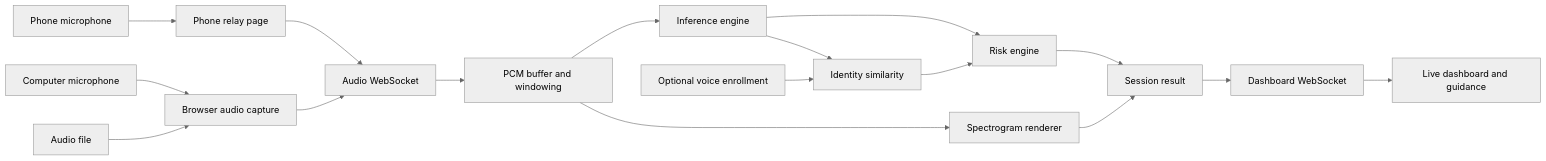
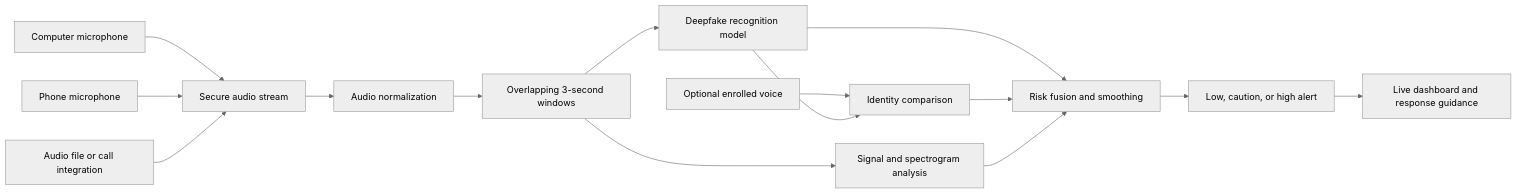
The first of 9 diagrams in README.md (njhari-07/SvaraSentry), drawn with Mermaid (neutral theme) before and after one commit. The commit also changed other lines of this file, not shown here.

````diff
--- a/README.md
+++ b/README.md
@@ -44,19 +52,17 @@
 ```mermaid
 flowchart LR
-    A[Computer microphone] --> B[Browser audio capture]
-    C[Audio file] --> B
-    D[Phone microphone] --> E[Phone relay page]
-    E --> F[Audio WebSocket]
-    B --> F
-    F --> G[PCM buffer and windowing]
-    G --> H[Inference engine]
-    G --> I[Spectrogram renderer]
-    H --> J[Risk engine]
-    K[Optional voice enrollment] --> L[Identity similarity]
-    H --> L
-    L --> J
-    J --> M[Session result]
-    I --> M
-    M --> N[Dashboard WebSocket]
-    N --> O[Live dashboard and guidance]
+    A[Computer microphone] --> D[Secure audio stream]
+    B[Phone microphone] --> D
+    C[Audio file or call integration] --> D
+    D --> E[Audio normalization]
+    E --> F[Overlapping 3-second windows]
+    F --> G[Deepfake recognition model]
+    F --> H[Signal and spectrogram analysis]
+    I[Optional enrolled voice] --> J[Identity comparison]
+    G --> J
+    G --> K[Risk fusion and smoothing]
+    J --> K
+    H --> K
+    K --> L[Low, caution, or high alert]
+    L --> M[Live dashboard and response guidance]
 ```
````
